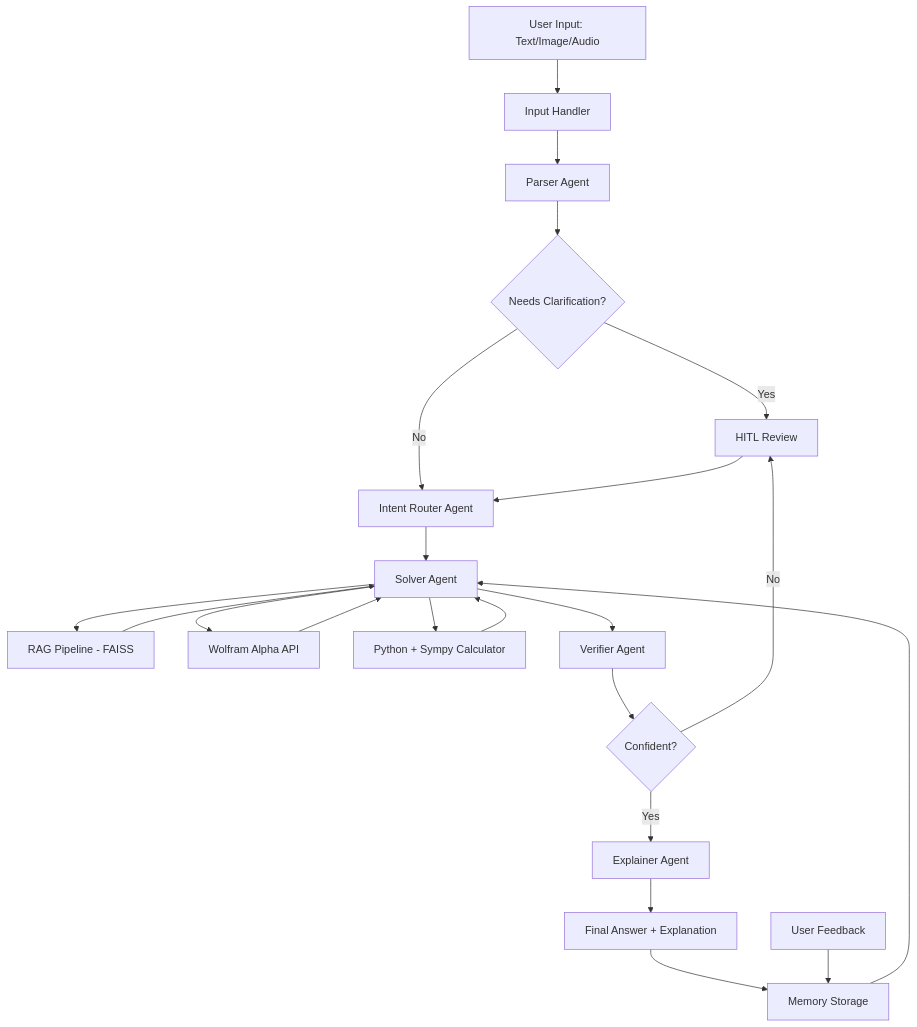
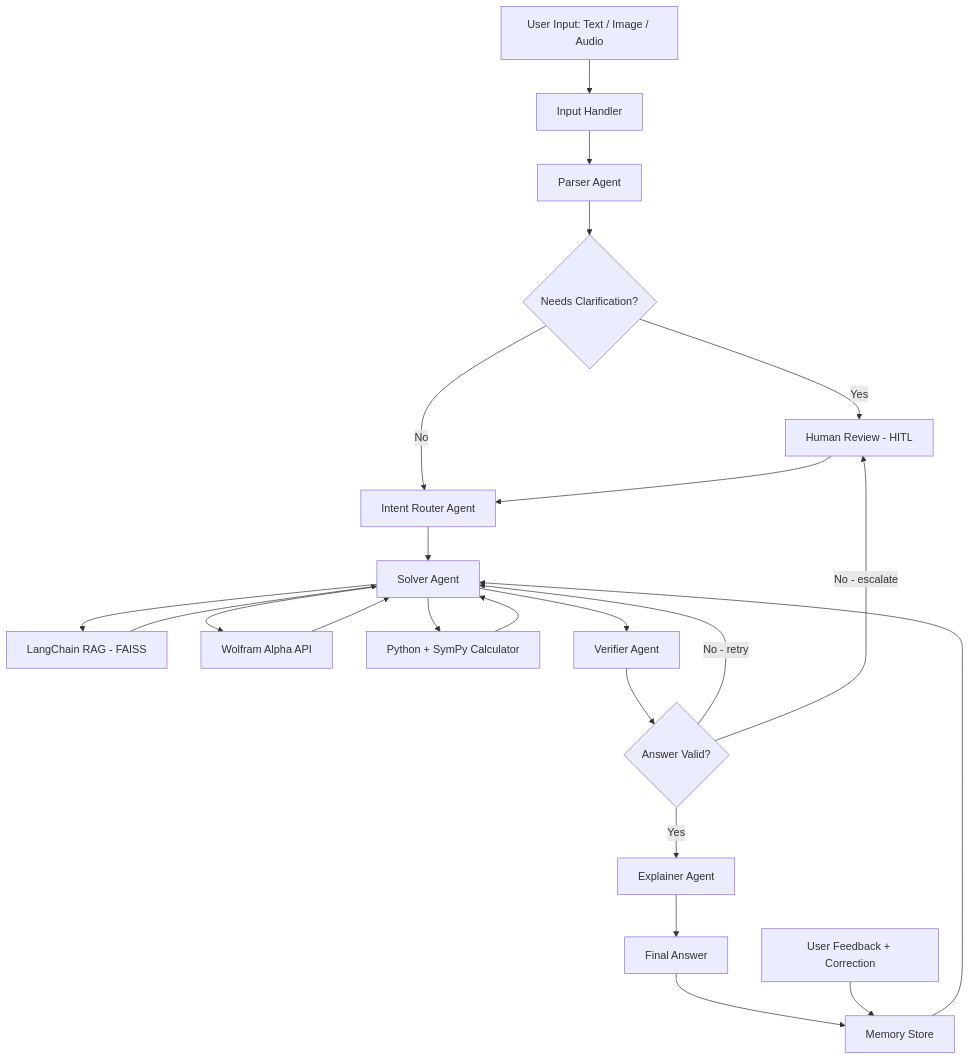
One commit to Anushka1590/multimodal-math-mentor changed the diagram in README.md. Above: the diagram before and after it, drawn with Mermaid. The commit also changed other lines of this file and 6 other files, not shown here.

Commit message:
Refactored RAG with LangChain; improved multi-agent pipeline

````diff
--- a/README.md
+++ b/README.md
@@ -8,24 +21,25 @@
 ```mermaid
 graph TD
-    A[User Input: Text/Image/Audio] --> B[Input Handler]
+    A[User Input: Text / Image / Audio] --> B[Input Handler]
     B --> C[Parser Agent]
     C --> D{Needs Clarification?}
-    D -->|Yes| E[HITL Review]
+    D -->|Yes| E[Human Review - HITL]
     D -->|No| F[Intent Router Agent]
     E --> F
     F --> G[Solver Agent]
-    G --> H[RAG Pipeline - FAISS]
+    G --> H[LangChain RAG - FAISS]
     G --> I[Wolfram Alpha API]
-    G --> J[Python + Sympy Calculator]
+    G --> J[Python + SymPy Calculator]
     H --> G
     I --> G
     J --> G
     G --> K[Verifier Agent]
-    K --> L{Confident?}
-    L -->|No| E
+    K --> L{Answer Valid?}
+    L -->|No - retry| G
+    L -->|No - escalate| E
     L -->|Yes| M[Explainer Agent]
-    M --> N[Final Answer + Explanation]
-    N --> O[Memory Storage]
-    P[User Feedback] --> O
+    M --> N[Final Answer]
+    N --> O[Memory Store]
+    P[User Feedback + Correction] --> O
     O --> G
 ```
````
